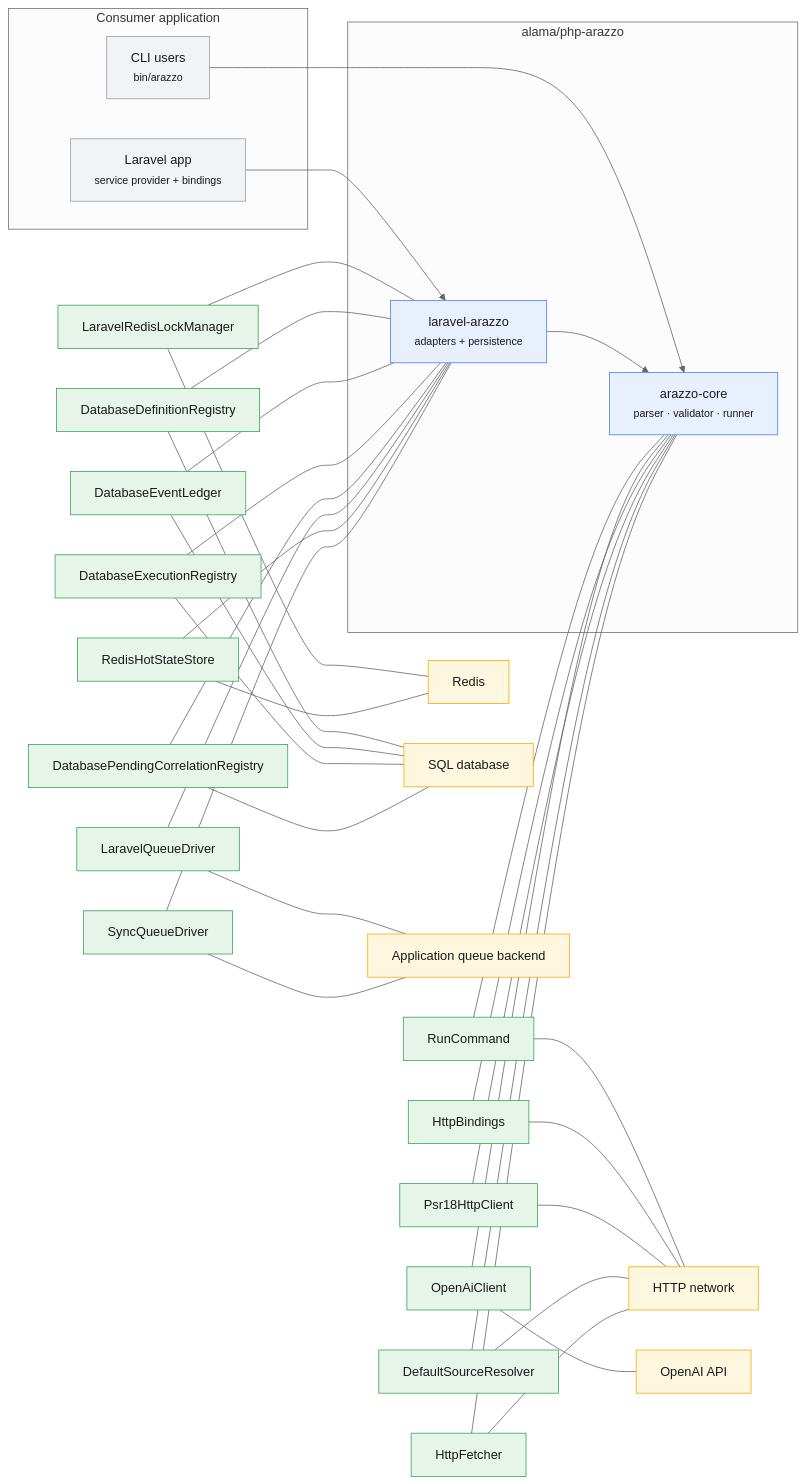
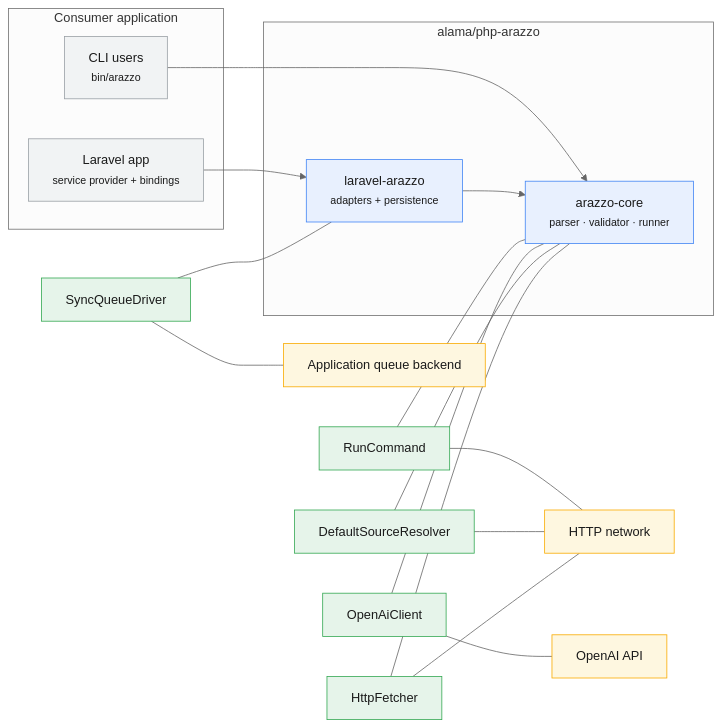
The diagram in docs/generated/integration-context.md (Mohammed-Alama/php-arazzo), drawn with Mermaid (neutral theme) before and after one commit. The commit also changed 40 other files, not shown here.

````diff
--- a/docs/generated/integration-context.md
+++ b/docs/generated/integration-context.md
@@ -12,65 +12,36 @@
 ```mermaid
 flowchart LR
     subgraph Host["Consumer application"]
         LARAVEL["Laravel app<br/><small>service provider + bindings</small>"]:::host
         CLI["CLI users<br/><small>bin/arazzo</small>"]:::host
     end
     subgraph Package["alama/php-arazzo"]
         CORE["arazzo-core<br/><small>parser · validator · runner</small>"]:::package
         BRIDGE["laravel-arazzo<br/><small>adapters + persistence</small>"]:::package
         CLI --> CORE
         LARAVEL --> BRIDGE
         BRIDGE --> CORE
     end
-        A_Alama_Arazzo_Laravel_Lock_LaravelRedisLockManager["LaravelRedisLockManager"]:::adapter
-        A_Alama_Arazzo_Laravel_Lock_LaravelRedisLockManager --- BRIDGE
-        A_Alama_Arazzo_Laravel_Lock_LaravelRedisLockManager --- redis
-        A_Alama_Arazzo_Laravel_Persistence_DatabaseDefinitionRegistry["DatabaseDefinitionRegistry"]:::adapter
-        A_Alama_Arazzo_Laravel_Persistence_DatabaseDefinitionRegistry --- BRIDGE
-        A_Alama_Arazzo_Laravel_Persistence_DatabaseDefinitionRegistry --- sql
-        A_Alama_Arazzo_Laravel_Persistence_DatabaseEventLedger["DatabaseEventLedger"]:::adapter
-        A_Alama_Arazzo_Laravel_Persistence_DatabaseEventLedger --- BRIDGE
-        A_Alama_Arazzo_Laravel_Persistence_DatabaseEventLedger --- sql
-        A_Alama_Arazzo_Laravel_Persistence_DatabaseExecutionRegistry["DatabaseExecutionRegistry"]:::adapter
-        A_Alama_Arazzo_Laravel_Persistence_DatabaseExecutionRegistry --- BRIDGE
-        A_Alama_Arazzo_Laravel_Persistence_DatabaseExecutionRegistry --- sql
-        A_Alama_Arazzo_Laravel_Persistence_DatabasePendingCorrelationRegistry["DatabasePendingCorrelationRegistry"]:::adapter
-        A_Alama_Arazzo_Laravel_Persistence_DatabasePendingCorrelationRegistry --- BRIDGE
-        A_Alama_Arazzo_Laravel_Persistence_DatabasePendingCorrelationRegistry --- sql
-        A_Alama_Arazzo_Laravel_Queue_LaravelQueueDriver["LaravelQueueDriver"]:::adapter
-        A_Alama_Arazzo_Laravel_Queue_LaravelQueueDriver --- BRIDGE
-        A_Alama_Arazzo_Laravel_Queue_LaravelQueueDriver --- queue
-        A_Alama_Arazzo_Laravel_State_RedisHotStateStore["RedisHotStateStore"]:::adapter
-        A_Alama_Arazzo_Laravel_State_RedisHotStateStore --- BRIDGE
-        A_Alama_Arazzo_Laravel_State_RedisHotStateStore --- redis
         A_Alama_Arazzo_Runner_Execution_SyncQueueDriver["SyncQueueDriver"]:::adapter
         A_Alama_Arazzo_Runner_Execution_SyncQueueDriver --- BRIDGE
         A_Alama_Arazzo_Runner_Execution_SyncQueueDriver --- queue
         A_Alama_Arazzo_Cli_Console_Command_RunCommand["RunCommand"]:::adapter
         A_Alama_Arazzo_Cli_Console_Command_RunCommand --- CORE
         A_Alama_Arazzo_Cli_Console_Command_RunCommand --- net
         A_Alama_Arazzo_Cli_Generator_Clients_OpenAiClient["OpenAiClient"]:::adapter
         A_Alama_Arazzo_Cli_Generator_Clients_OpenAiClient --- CORE
         A_Alama_Arazzo_Cli_Generator_Clients_OpenAiClient --- openai
-        A_Alama_Arazzo_Laravel_Bindings_HttpBindings["HttpBindings"]:::adapter
-        A_Alama_Arazzo_Laravel_Bindings_HttpBindings --- CORE
-        A_Alama_Arazzo_Laravel_Bindings_HttpBindings --- net
-        A_Alama_Arazzo_Laravel_Http_Psr18HttpClient["Psr18HttpClient"]:::adapter
-        A_Alama_Arazzo_Laravel_Http_Psr18HttpClient --- CORE
-        A_Alama_Arazzo_Laravel_Http_Psr18HttpClient --- net
         A_Alama_Arazzo_Sources_Resolver_DefaultSourceResolver["DefaultSourceResolver"]:::adapter
         A_Alama_Arazzo_Sources_Resolver_DefaultSourceResolver --- CORE
         A_Alama_Arazzo_Sources_Resolver_DefaultSourceResolver --- net
         A_Alama_Arazzo_Sources_Resolver_Fetchers_HttpFetcher["HttpFetcher"]:::adapter
         A_Alama_Arazzo_Sources_Resolver_Fetchers_HttpFetcher --- CORE
         A_Alama_Arazzo_Sources_Resolver_Fetchers_HttpFetcher --- net
     net["HTTP network"]:::system
     openai["OpenAI API"]:::system
     queue["Application queue backend"]:::system
-    redis["Redis"]:::system
-    sql["SQL database"]:::system
     classDef host fill:#f1f3f4,stroke:#9aa0a6,color:#1a1a1a;
     classDef package fill:#e8f0fe,stroke:#4285f4,color:#1a1a1a;
     classDef adapter fill:#e6f4ea,stroke:#34a853,color:#1a1a1a;
     classDef system fill:#fef7e0,stroke:#f9ab00,color:#1a1a1a;
 ```
````
